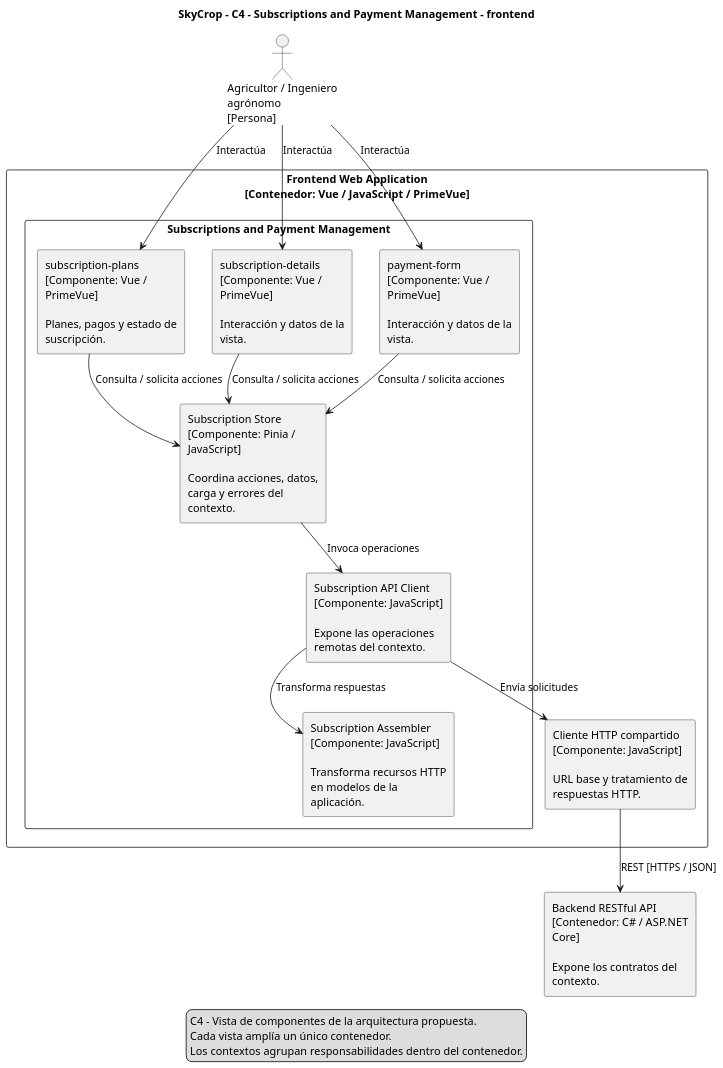
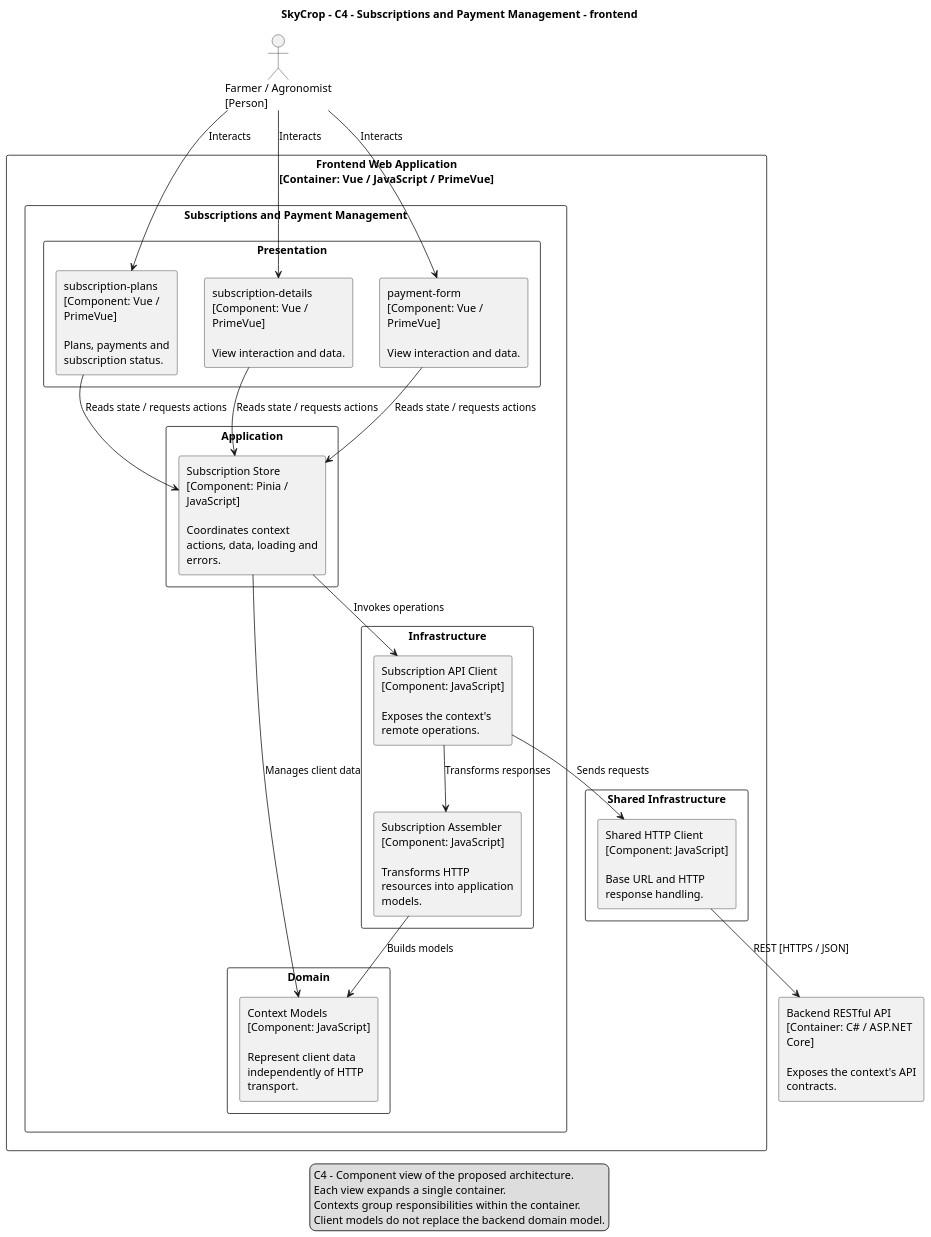
One commit to upc-GreenTech/skycrop-report changed the diagram in resources/imgs/Software Architecture Diagram/contexts/subscriptions-frontend-components.puml. Above: the diagram before and after it, drawn with PlantUML. The commit also changed 36 other files, not shown here.

Commit message:
feature: organize component diagrams by layer and translate all labels into english.

```diff
--- a/resources/imgs/Software Architecture Diagram/contexts/subscriptions-frontend-components.puml
+++ b/resources/imgs/Software Architecture Diagram/contexts/subscriptions-frontend-components.puml
@@ -1,40 +1,54 @@
 @startuml
 skinparam monochrome true
 skinparam shadowing false
 skinparam dpi 120
 skinparam defaultFontName SansSerif
 skinparam componentStyle rectangle
 skinparam wrapWidth 180
 skinparam nodesep 35
 skinparam ranksep 45
 top to bottom direction
 title SkyCrop - C4 - Subscriptions and Payment Management - frontend
-actor "Agricultor / Ingeniero agrónomo\n[Persona]" as user
-rectangle "Frontend Web Application\n[Contenedor: Vue / JavaScript / PrimeVue]" {
+actor "Farmer / Agronomist\n[Person]" as user
+rectangle "Frontend Web Application\n[Container: Vue / JavaScript / PrimeVue]" {
 rectangle "Subscriptions and Payment Management" {
-component "subscription-plans\n[Componente: Vue / PrimeVue]\n\nPlanes, pagos y estado de suscripción." as view0
-component "subscription-details\n[Componente: Vue / PrimeVue]\n\nInteracción y datos de la vista." as view1
-component "payment-form\n[Componente: Vue / PrimeVue]\n\nInteracción y datos de la vista." as view2
-component "Subscription Store\n[Componente: Pinia / JavaScript]\n\nCoordina acciones, datos, carga y errores del contexto." as state
-component "Subscription API Client\n[Componente: JavaScript]\n\nExpone las operaciones remotas del contexto." as apiclient
-component "Subscription Assembler\n[Componente: JavaScript]\n\nTransforma recursos HTTP en modelos de la aplicación." as assembler
+rectangle "Presentation" {
+component "subscription-plans\n[Component: Vue / PrimeVue]\n\nPlans, payments and subscription status." as view0
+component "subscription-details\n[Component: Vue / PrimeVue]\n\nView interaction and data." as view1
+component "payment-form\n[Component: Vue / PrimeVue]\n\nView interaction and data." as view2
 }
-component "Cliente HTTP compartido\n[Componente: JavaScript]\n\nURL base y tratamiento de respuestas HTTP." as http
+rectangle "Application" {
+component "Subscription Store\n[Component: Pinia / JavaScript]\n\nCoordinates context actions, data, loading and errors." as state
 }
-component "Backend RESTful API\n[Contenedor: C# / ASP.NET Core]\n\nExpone los contratos del contexto." as api
-user --> view0 : Interactúa
-view0 --> state : Consulta / solicita acciones
-user --> view1 : Interactúa
-view1 --> state : Consulta / solicita acciones
-user --> view2 : Interactúa
-view2 --> state : Consulta / solicita acciones
-state --> apiclient : Invoca operaciones
-apiclient --> assembler : Transforma respuestas
-apiclient --> http : Envía solicitudes
+rectangle "Domain" {
+component "Context Models\n[Component: JavaScript]\n\nRepresent client data independently of HTTP transport." as model
+}
+rectangle "Infrastructure" {
+component "Subscription API Client\n[Component: JavaScript]\n\nExposes the context's remote operations." as apiclient
+component "Subscription Assembler\n[Component: JavaScript]\n\nTransforms HTTP resources into application models." as assembler
+}
+}
+rectangle "Shared Infrastructure" {
+component "Shared HTTP Client\n[Component: JavaScript]\n\nBase URL and HTTP response handling." as http
+}
+}
+component "Backend RESTful API\n[Container: C# / ASP.NET Core]\n\nExposes the context's API contracts." as api
+user --> view0 : Interacts
+view0 --> state : Reads state / requests actions
+user --> view1 : Interacts
+view1 --> state : Reads state / requests actions
+user --> view2 : Interacts
+view2 --> state : Reads state / requests actions
+state --> apiclient : Invokes operations
+state --> model : Manages client data
+assembler --> model : Builds models
+apiclient --> assembler : Transforms responses
+apiclient --> http : Sends requests
 http --> api : REST [HTTPS / JSON]
 legend bottom
-C4 - Vista de componentes de la arquitectura propuesta.
-Cada vista amplía un único contenedor.
-Los contextos agrupan responsabilidades dentro del contenedor.
+C4 - Component view of the proposed architecture.
+Each view expands a single container.
+Contexts group responsibilities within the container.
+Client models do not replace the backend domain model.
 endlegend
 @enduml
```
